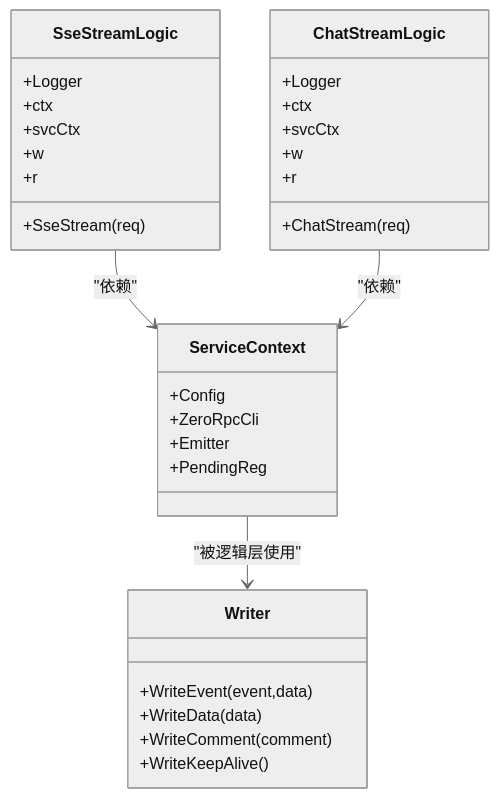
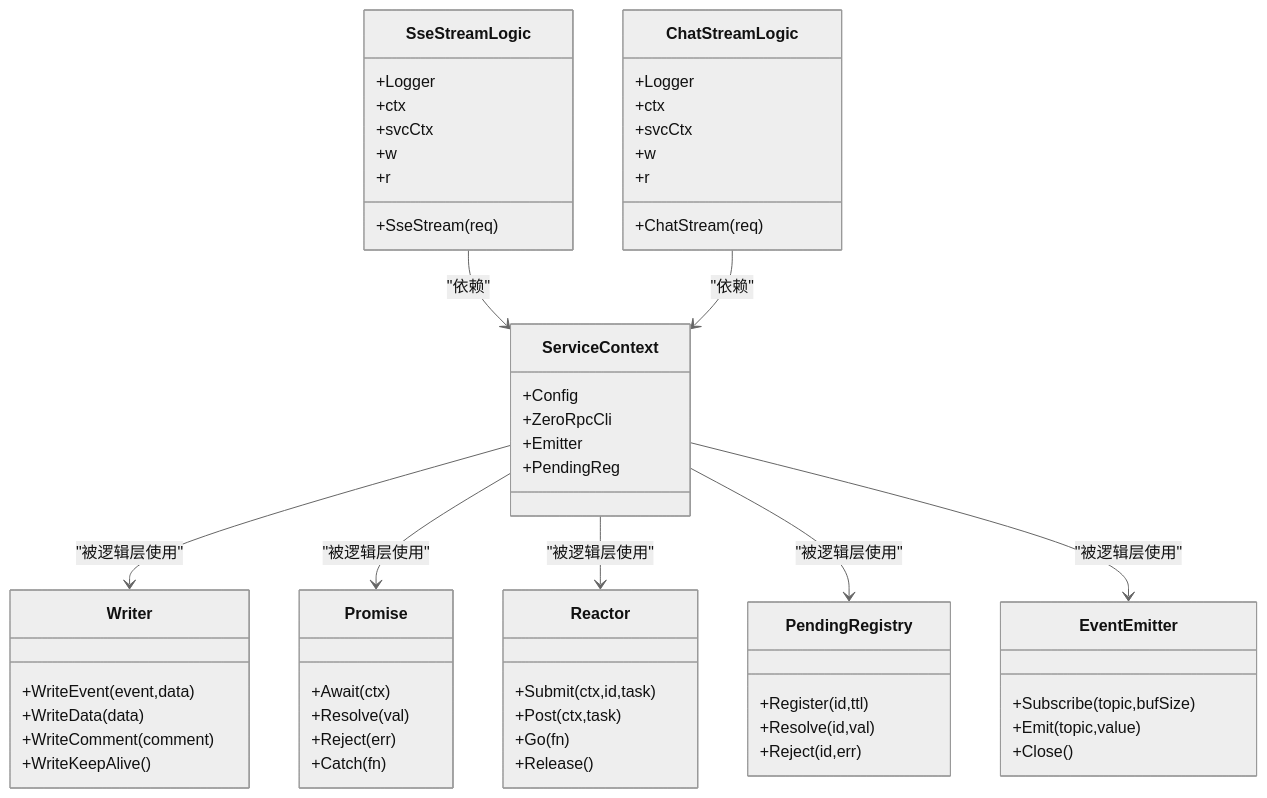
Before and after one commit to maomao94/zero-service: the seventh of 7 diagrams in .qoder/repowiki/zh/content/AI应用模块/SSE网关服务/SSE网关服务.md, drawn with Mermaid (neutral theme). The commit also changed other lines of this file and 6 other files, not shown here.

````diff
--- a/.qoder/repowiki/zh/content/AI应用模块/SSE网关服务/SSE网关服务.md
+++ b/.qoder/repowiki/zh/content/AI应用模块/SSE网关服务/SSE网关服务.md
@@ -401,34 +819,60 @@
 ```mermaid
 classDiagram
 class ServiceContext {
 +Config
 +ZeroRpcCli
 +Emitter
 +PendingReg
 }
 class SseStreamLogic {
 +Logger
 +ctx
 +svcCtx
 +w
 +r
 +SseStream(req)
 }
 class ChatStreamLogic {
 +Logger
 +ctx
 +svcCtx
 +w
 +r
 +ChatStream(req)
 }
 class Writer {
 +WriteEvent(event,data)
 +WriteData(data)
 +WriteComment(comment)
 +WriteKeepAlive()
 }
+class Promise {
++Await(ctx)
++Resolve(val)
++Reject(err)
++Catch(fn)
+}
+class Reactor {
++Submit(ctx,id,task)
++Post(ctx,task)
++Go(fn)
++Release()
+}
+class PendingRegistry {
++Register(id,ttl)
++Resolve(id,val)
++Reject(id,err)
+}
+class EventEmitter {
++Subscribe(topic,bufSize)
++Emit(topic,value)
++Close()
+}
 ServiceContext --> Writer : "被逻辑层使用"
+ServiceContext --> Promise : "被逻辑层使用"
+ServiceContext --> Reactor : "被逻辑层使用"
+ServiceContext --> PendingRegistry : "被逻辑层使用"
+ServiceContext --> EventEmitter : "被逻辑层使用"
 SseStreamLogic --> ServiceContext : "依赖"
 ChatStreamLogic --> ServiceContext : "依赖"
 ```
````
